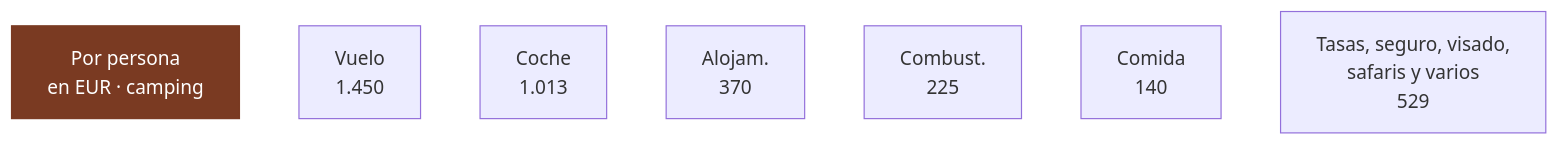
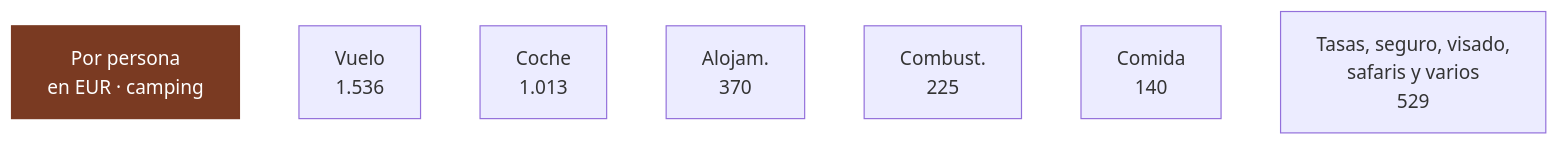
The seventh of 8 diagrams in 02-presupuesto.md (morandeirachema/namibia), drawn with Mermaid before and after one commit. The commit also changed other lines of this file and 7 other files, not shown here.

````diff
--- a/02-presupuesto.md
+++ b/02-presupuesto.md
@@ -555,17 +560,17 @@
 ```mermaid
 flowchart LR
     T["Por persona<br/>en EUR · camping"]
-    n0["Vuelo<br/>1.450"]
+    n0["Vuelo<br/>1.536"]
     n1["Coche<br/>1.013"]
     n2["Alojam.<br/>370"]
     n3["Combust.<br/>225"]
     n4["Comida<br/>140"]
     n5["Tasas, seguro, visado,<br/>safaris y varios<br/>529"]
     T ~~~ n0
     n0 ~~~ n1
     n1 ~~~ n2
     n2 ~~~ n3
     n3 ~~~ n4
     n4 ~~~ n5
     style T fill:#7a3a22,color:#fff,stroke:#7a3a22
 ```
````
